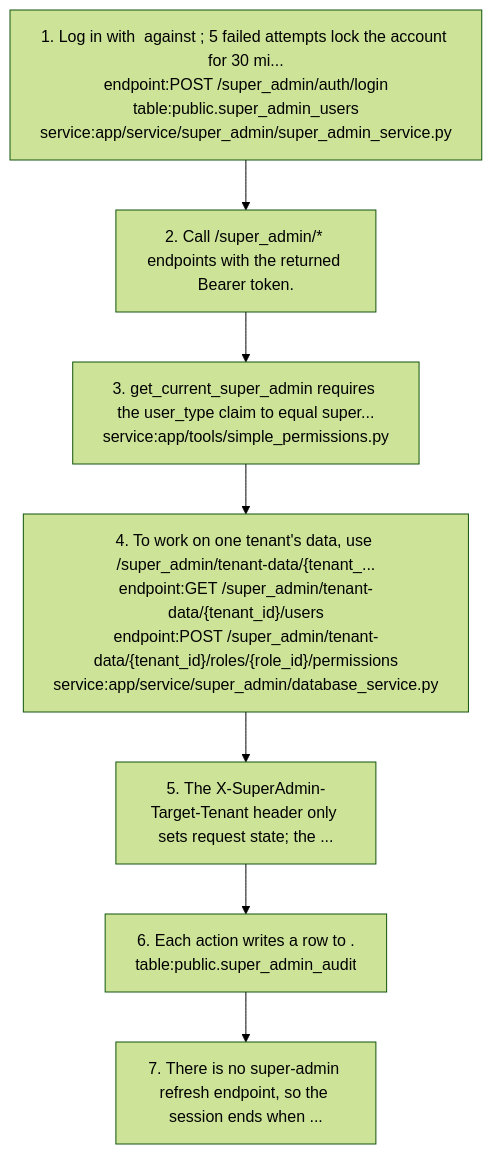
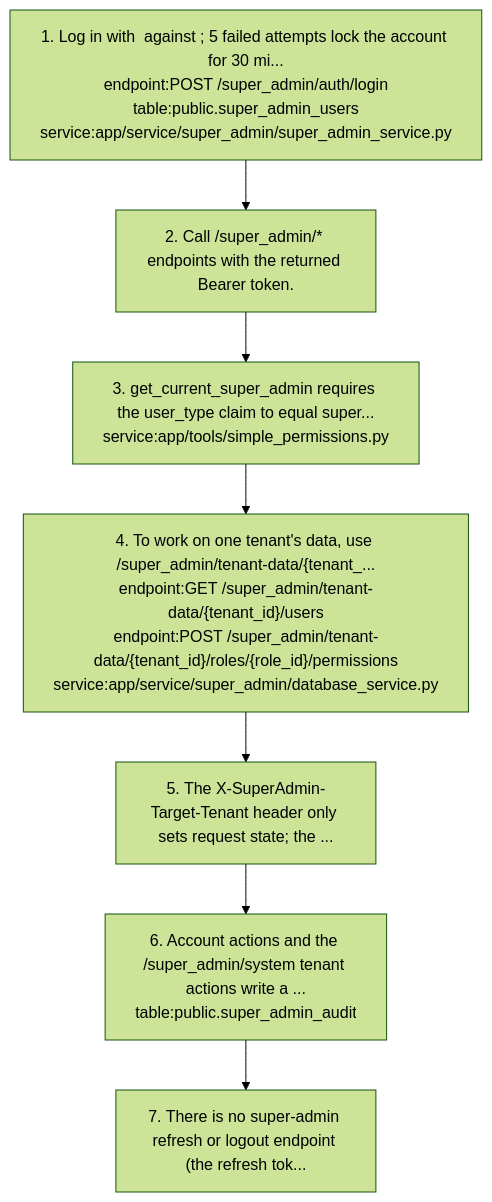
The seventh of 7 diagrams in docs/graph/views/tenants-and-admin.md (nerellasraj21/cos360_full_app), drawn with Mermaid (forest theme) before and after one commit. The commit also changed other lines of this file and 44 other files, not shown here.

First line of the commit message:
Re-verify project docs and knowledge graph against current code

````diff
--- a/docs/graph/views/tenants-and-admin.md
+++ b/docs/graph/views/tenants-and-admin.md
@@ -361,16 +364,16 @@
 ```mermaid
 flowchart TD
   s1["1. Log in with  against ; 5 failed attempts lock the account for 30 mi...<br/>endpoint:POST /super_admin/auth/login<br/>table:public.super_admin_users<br/>service:app/service/super_admin/super_admin_service.py"]
   s2["2. Call /super_admin/* endpoints with the returned Bearer token."]
   s1 --> s2
   s3["3. get_current_super_admin requires the user_type claim to equal super...<br/>service:app/tools/simple_permissions.py"]
   s2 --> s3
   s4["4. To work on one tenant's data, use /super_admin/tenant-data/{tenant_...<br/>endpoint:GET /super_admin/tenant-data/{tenant_id}/users<br/>endpoint:POST /super_admin/tenant-data/{tenant_id}/roles/{role_id}/permissions<br/>service:app/service/super_admin/database_service.py"]
   s3 --> s4
   s5["5. The X-SuperAdmin-Target-Tenant header only sets request state; the ..."]
   s4 --> s5
-  s6["6. Each action writes a row to .<br/>table:public.super_admin_audit"]
+  s6["6. Account actions and the /super_admin/system tenant actions write a ...<br/>table:public.super_admin_audit"]
   s5 --> s6
-  s7["7. There is no super-admin refresh endpoint, so the session ends when ..."]
+  s7["7. There is no super-admin refresh or logout endpoint (the refresh tok..."]
   s6 --> s7
 ```
````
